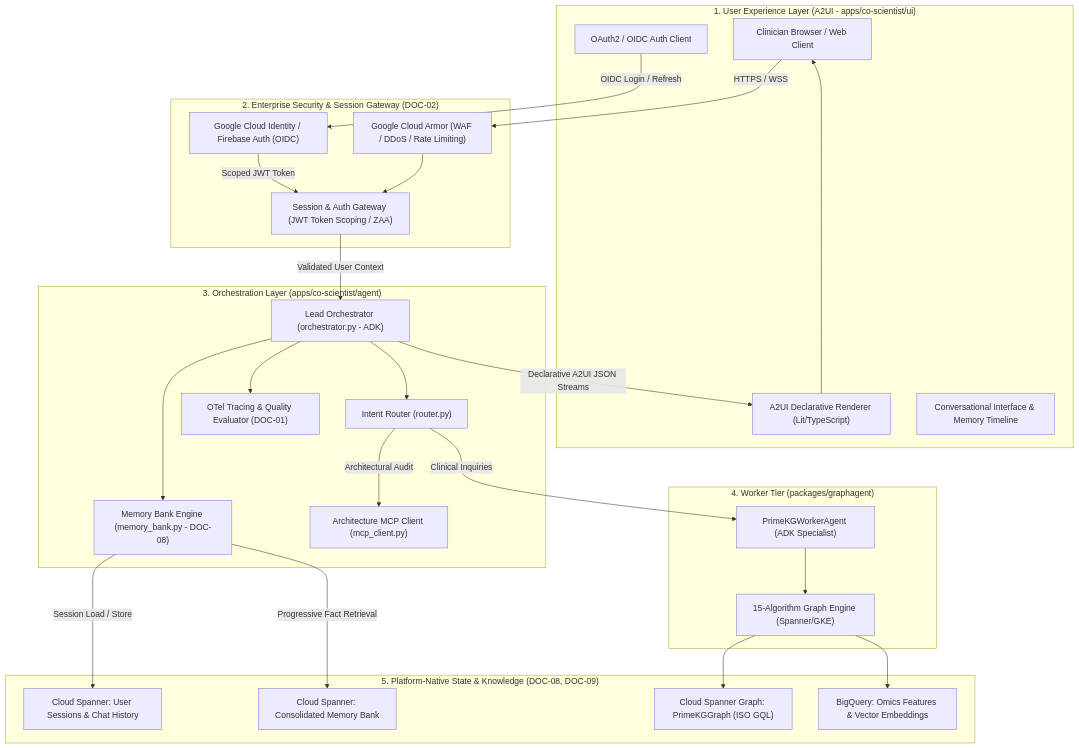
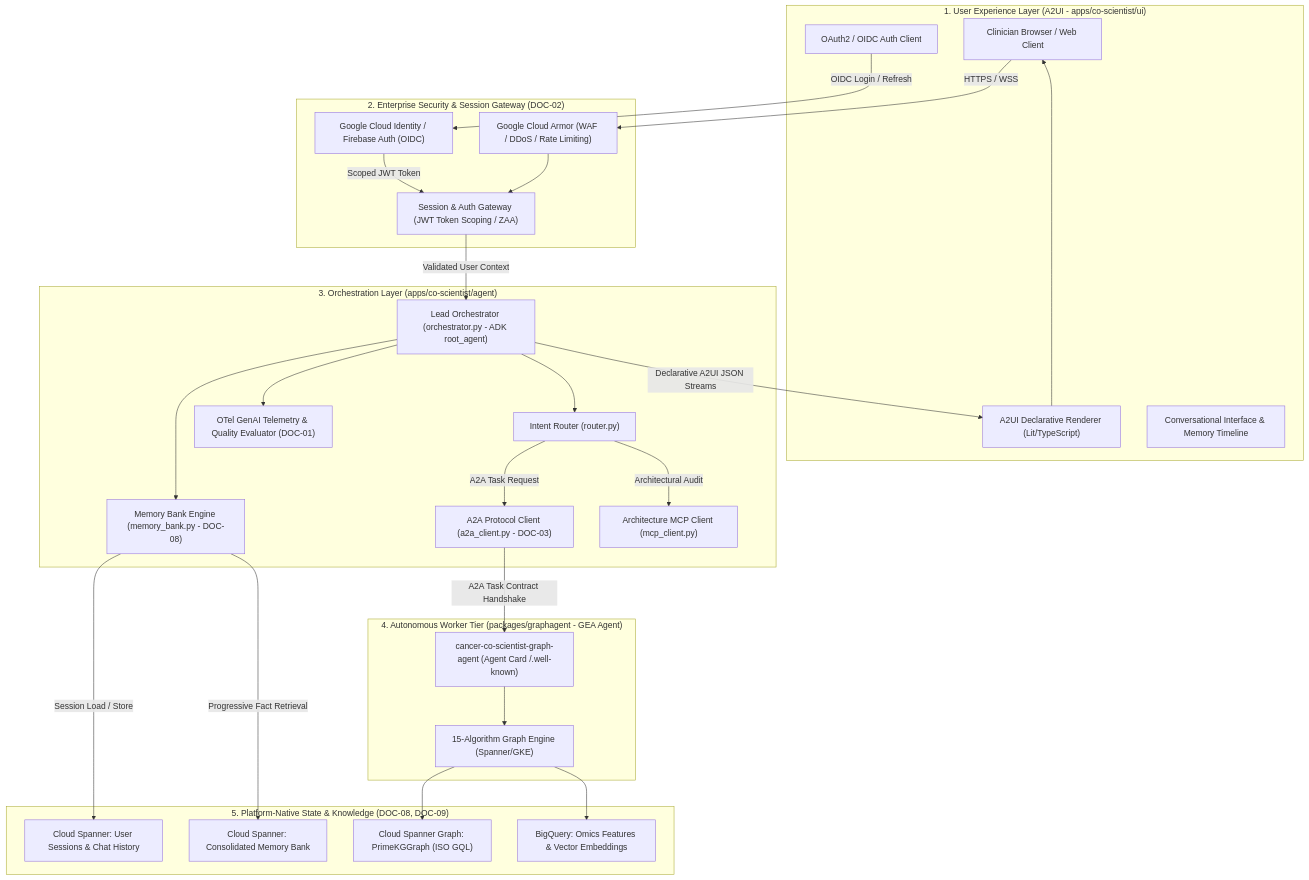
One commit to prdmohangoogley/cancer-co-scientist-reusable-graphagents-architectural-kgraph changed the first of 2 diagrams in specs/07-co-scientist-spec-web-app.md. Above: the diagram before and after it, drawn with Mermaid. The commit also changed other lines of this file and 54 other files, not shown here.

First line of the commit message:
feat(spec-12): remediate zero-telemetry, integrate native Memory Bank & Evaluation APIs, and deploy dual Vertex Agent Engines

````diff
--- a/specs/07-co-scientist-spec-web-app.md
+++ b/specs/07-co-scientist-spec-web-app.md
@@ -22,57 +22,59 @@
 ```mermaid
 graph TD
     subgraph Client_Layer["1. User Experience Layer (A2UI - apps/co-scientist/ui)"]
         Browser["Clinician Browser / Web Client"]
         AuthClient["OAuth2 / OIDC Auth Client"]
         A2UIRenderer["A2UI Declarative Renderer (Lit/TypeScript)"]
         ChatUI["Conversational Interface & Memory Timeline"]
     end
 
     subgraph Security_Gate["2. Enterprise Security & Session Gateway (DOC-02)"]
         CloudArmor["Google Cloud Armor (WAF / DDoS / Rate Limiting)"]
         APIGateway["Session & Auth Gateway (JWT Token Scoping / ZAA)"]
         UserIdentity["Google Cloud Identity / Firebase Auth (OIDC)"]
     end
 
     subgraph Orchestrator_Tier["3. Orchestration Layer (apps/co-scientist/agent)"]
-        Orchestrator["Lead Orchestrator (orchestrator.py - ADK)"]
+        Orchestrator["Lead Orchestrator (orchestrator.py - ADK root_agent)"]
         Router["Intent Router (router.py)"]
+        A2AClient["A2A Protocol Client (a2a_client.py - DOC-03)"]
         MemoryBank["Memory Bank Engine (memory_bank.py - DOC-08)"]
-        Telemetry["OTel Tracing & Quality Evaluator (DOC-01)"]
+        Telemetry["OTel GenAI Telemetry & Quality Evaluator (DOC-01)"]
         MCPBridge["Architecture MCP Client (mcp_client.py)"]
     end
 
-    subgraph Worker_Tier["4. Worker Tier (packages/graphagent)"]
-        PrimeKGWorker["PrimeKGWorkerAgent (ADK Specialist)"]
+    subgraph Worker_Tier["4. Autonomous Worker Tier (packages/graphagent - GEA Agent)"]
+        GraphAgent["cancer-co-scientist-graph-agent (Agent Card /.well-known)"]
         AlgorithmEngine["15-Algorithm Graph Engine (Spanner/GKE)"]
     end
 
     subgraph Storage_Tier["5. Platform-Native State & Knowledge (DOC-08, DOC-09)"]
         SpannerSessions["Cloud Spanner: User Sessions & Chat History"]
         SpannerMemory["Cloud Spanner: Consolidated Memory Bank"]
         SpannerGraph["Cloud Spanner Graph: PrimeKGGraph (ISO GQL)"]
         BigQueryAnalytics["BigQuery: Omics Features & Vector Embeddings"]
     end
 
     Browser -->|HTTPS / WSS| CloudArmor
     CloudArmor --> APIGateway
     AuthClient -->|OIDC Login / Refresh| UserIdentity
     UserIdentity -->|Scoped JWT Token| APIGateway
     APIGateway -->|Validated User Context| Orchestrator
 
     Orchestrator --> Router
-    Router -->|Clinical Inquiries| PrimeKGWorker
+    Router -->|A2A Task Request| A2AClient
+    A2AClient -->|A2A Task Contract Handshake| GraphAgent
     Router -->|Architectural Audit| MCPBridge
-    PrimeKGWorker --> AlgorithmEngine
+    GraphAgent --> AlgorithmEngine
 
     Orchestrator --> MemoryBank
     MemoryBank -->|Session Load / Store| SpannerSessions
     MemoryBank -->|Progressive Fact Retrieval| SpannerMemory
 
     AlgorithmEngine --> SpannerGraph
     AlgorithmEngine --> BigQueryAnalytics
 
     Orchestrator -->|Declarative A2UI JSON Streams| A2UIRenderer
     Orchestrator --> Telemetry
     A2UIRenderer --> Browser
 ```
````
